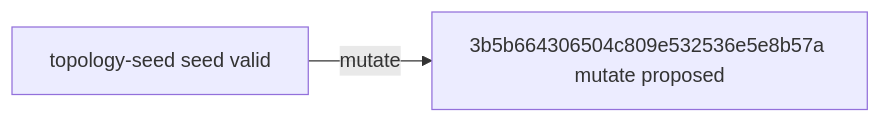
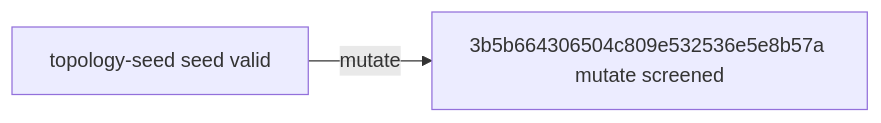
Before and after one commit to timbtz/feyer-search-lab: the diagram in experiments/campaigns/layout-numerical-lane1/README.md, drawn with Mermaid. The commit also changed other lines of this file and 7 other files, not shown here.

````diff
--- a/experiments/campaigns/layout-numerical-lane1/README.md
+++ b/experiments/campaigns/layout-numerical-lane1/README.md
@@ -21,6 +21,6 @@
 ```mermaid
 graph LR
   n0["topology-seed seed valid"]
-  n1["3b5b664306504c809e532536e5e8b57a mutate proposed"]
+  n1["3b5b664306504c809e532536e5e8b57a mutate screened"]
   n0 -->|mutate| n1
 ```
````
